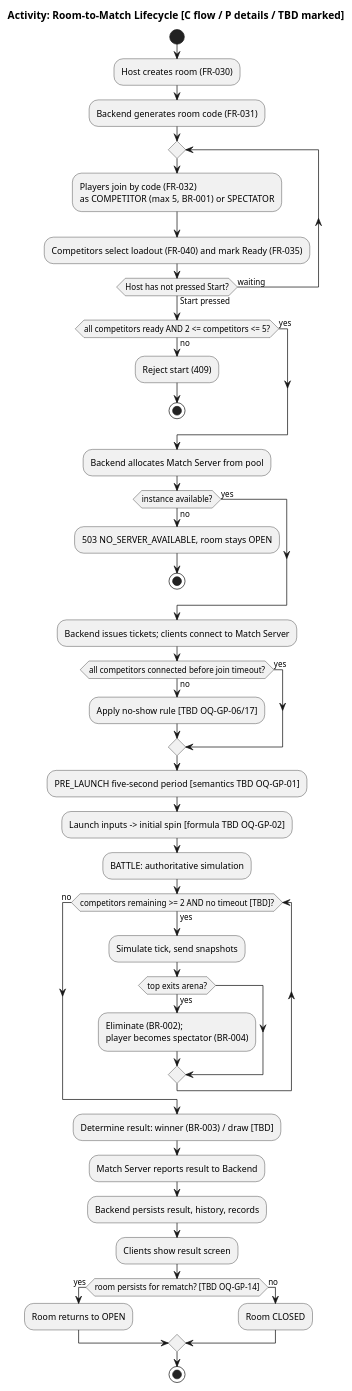
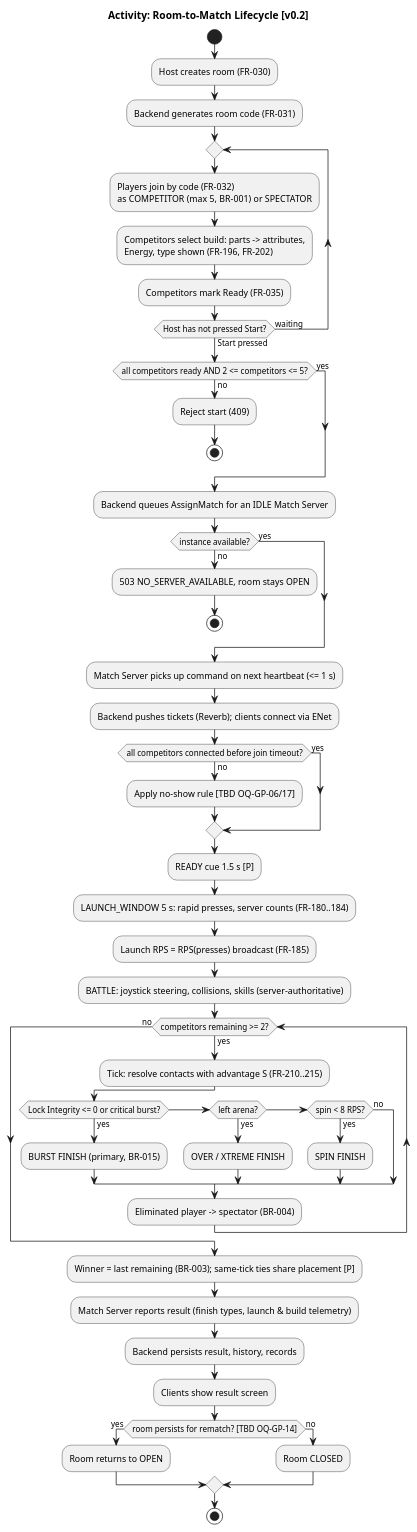
Before and after one commit to houcine212-hub/Bayblade_Sesytem: the diagram in docs/02-uml/activity-room-to-match.puml, drawn with PlantUML. The commit also changed 59 other files, not shown here.

```diff
--- a/docs/02-uml/activity-room-to-match.puml
+++ b/docs/02-uml/activity-room-to-match.puml
@@ -1,45 +1,54 @@
 @startuml activity-room-to-match
-title Activity: Room-to-Match Lifecycle [C flow / P details / TBD marked]
+title Activity: Room-to-Match Lifecycle [v0.2]
 start
 :Host creates room (FR-030);
 :Backend generates room code (FR-031);
 repeat
   :Players join by code (FR-032)\nas COMPETITOR (max 5, BR-001) or SPECTATOR;
-  :Competitors select loadout (FR-040) and mark Ready (FR-035);
+  :Competitors select build: parts -> attributes,\nEnergy, type shown (FR-196, FR-202);
+  :Competitors mark Ready (FR-035);
 repeat while (Host has not pressed Start?) is (waiting) not (Start pressed)
 if (all competitors ready AND 2 <= competitors <= 5?) then (yes)
 else (no)
   :Reject start (409);
   stop
 endif
-:Backend allocates Match Server from pool;
+:Backend queues AssignMatch for an IDLE Match Server;
 if (instance available?) then (yes)
 else (no)
   :503 NO_SERVER_AVAILABLE, room stays OPEN;
   stop
 endif
-:Backend issues tickets; clients connect to Match Server;
+:Match Server picks up command on next heartbeat (<= 1 s);
+:Backend pushes tickets (Reverb); clients connect via ENet;
 if (all competitors connected before join timeout?) then (yes)
 else (no)
   :Apply no-show rule [TBD OQ-GP-06/17];
 endif
-:PRE_LAUNCH five-second period [semantics TBD OQ-GP-01];
-:Launch inputs -> initial spin [formula TBD OQ-GP-02];
-:BATTLE: authoritative simulation;
-while (competitors remaining >= 2 AND no timeout [TBD]?) is (yes)
-  :Simulate tick, send snapshots;
-  if (top exits arena?) then (yes)
-    :Eliminate (BR-002);\nplayer becomes spectator (BR-004);
+:READY cue 1.5 s [P];
+:LAUNCH_WINDOW 5 s: rapid presses, server counts (FR-180..184);
+:Launch RPS = RPS(presses) broadcast (FR-185);
+:BATTLE: joystick steering, collisions, skills (server-authoritative);
+while (competitors remaining >= 2?) is (yes)
+  :Tick: resolve contacts with advantage S (FR-210..215);
+  if (Lock Integrity <= 0 or critical burst?) then (yes)
+    :BURST FINISH (primary, BR-015);
+  elseif (left arena?) then (yes)
+    :OVER / XTREME FINISH;
+  elseif (spin < 8 RPS?) then (yes)
+    :SPIN FINISH;
+  else (no)
   endif
+  :Eliminated player -> spectator (BR-004);
 endwhile (no)
-:Determine result: winner (BR-003) / draw [TBD];
-:Match Server reports result to Backend;
+:Winner = last remaining (BR-003); same-tick ties share placement [P];
+:Match Server reports result (finish types, launch & build telemetry);
 :Backend persists result, history, records;
 :Clients show result screen;
 if (room persists for rematch? [TBD OQ-GP-14]) then (yes)
   :Room returns to OPEN;
 else (no)
   :Room CLOSED;
 endif
 stop
 @enduml
```
